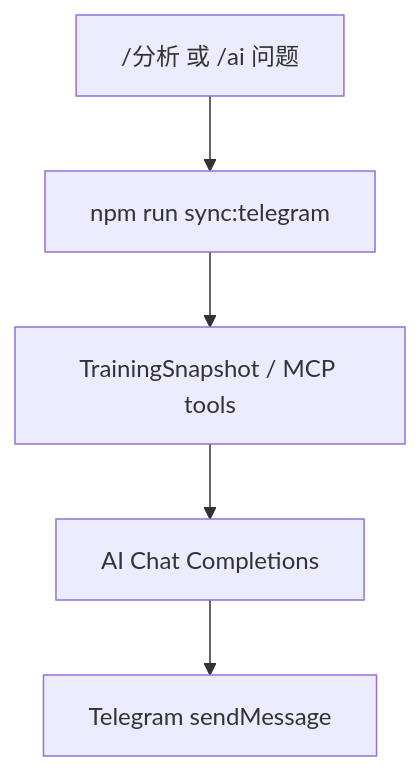
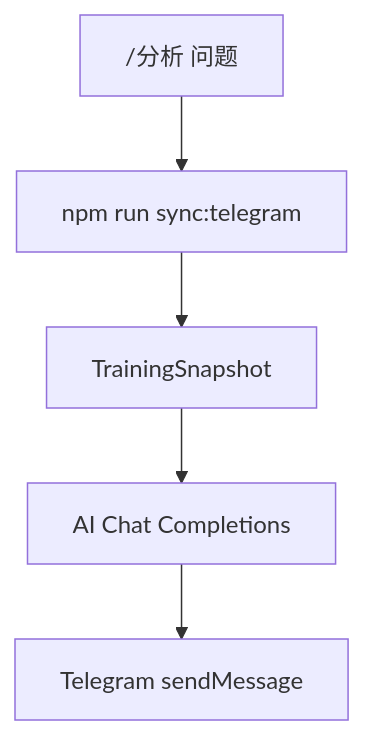
The fourth of 4 diagrams in docs/数据流转/数据流转说明.md (soulgo/training_records), drawn with Mermaid before and after one commit. The commit also changed other lines of this file and 39 other files, not shown here.

````diff
--- a/docs/数据流转/数据流转说明.md
+++ b/docs/数据流转/数据流转说明.md
@@ -72,7 +72,7 @@
 ```mermaid
 flowchart TD
-  Q["/分析 或 /ai 问题"] --> S["npm run sync:telegram"]
-  S --> T["TrainingSnapshot / MCP tools"]
+  Q["/分析 问题"] --> S["npm run sync:telegram"]
+  S --> T["TrainingSnapshot"]
   T --> AI["AI Chat Completions"]
   AI --> R["Telegram sendMessage"]
 ```
````
